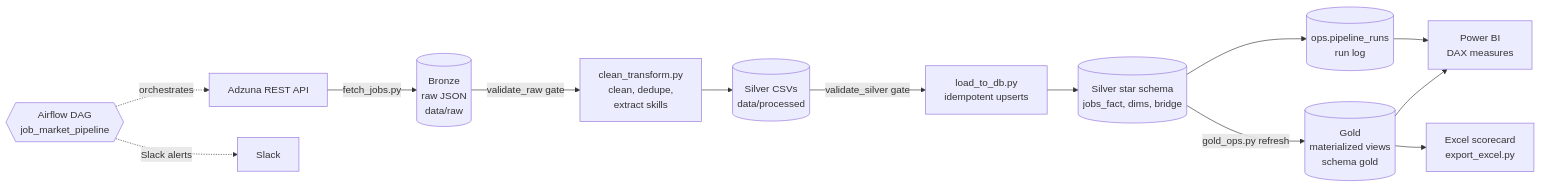
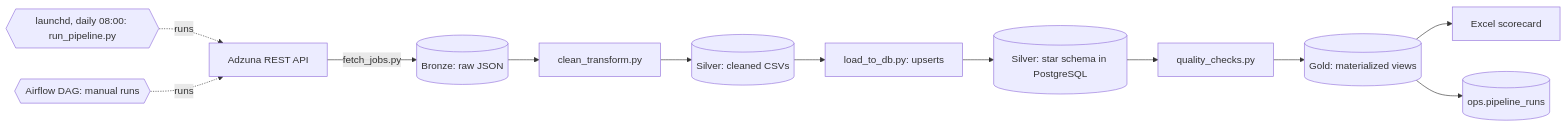
The diagram in README.md (srinilareddy/job_market_pipeline), drawn with Mermaid before and after one commit. The commit also changed other lines of this file and 2 other files, not shown here.

````diff
--- a/README.md
+++ b/README.md
@@ -12,15 +27,14 @@
 ```mermaid
 flowchart LR
-    A[Adzuna REST API] -->|fetch_jobs.py| B[(Bronze<br/>raw JSON<br/>data/raw)]
-    B -->|validate_raw gate| C[clean_transform.py<br/>clean, dedupe,<br/>extract skills]
-    C --> D[(Silver CSVs<br/>data/processed)]
-    D -->|validate_silver gate| E[load_to_db.py<br/>idempotent upserts]
-    E --> F[(Silver star schema<br/>jobs_fact, dims, bridge)]
-    F -->|gold_ops.py refresh| G[(Gold<br/>materialized views<br/>schema gold)]
-    G --> H[Power BI<br/>DAX measures]
-    G --> I[Excel scorecard<br/>export_excel.py]
-    F --> J[(ops.pipeline_runs<br/>run log)]
-    J --> H
-    K{{Airflow DAG<br/>job_market_pipeline}} -.orchestrates.-> A
-    K -.Slack alerts.-> L[Slack]
+    A[Adzuna REST API] -->|fetch_jobs.py| B[(Bronze: raw JSON)]
+    B --> C[clean_transform.py]
+    C --> D[(Silver: cleaned CSVs)]
+    D --> E[load_to_db.py: upserts]
+    E --> F[(Silver: star schema in PostgreSQL)]
+    F --> Q[quality_checks.py]
+    Q --> G[(Gold: materialized views)]
+    G --> X[Excel scorecard]
+    G --> R[(ops.pipeline_runs)]
+    S{{launchd, daily 08:00: run_pipeline.py}} -.runs.-> A
+    K{{Airflow DAG: manual runs}} -.runs.-> A
 ```
````
